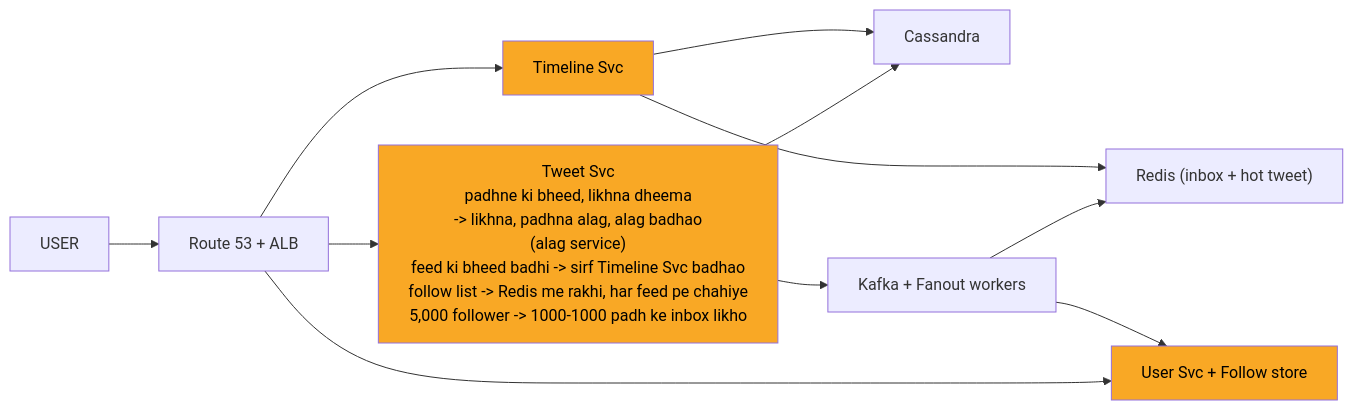
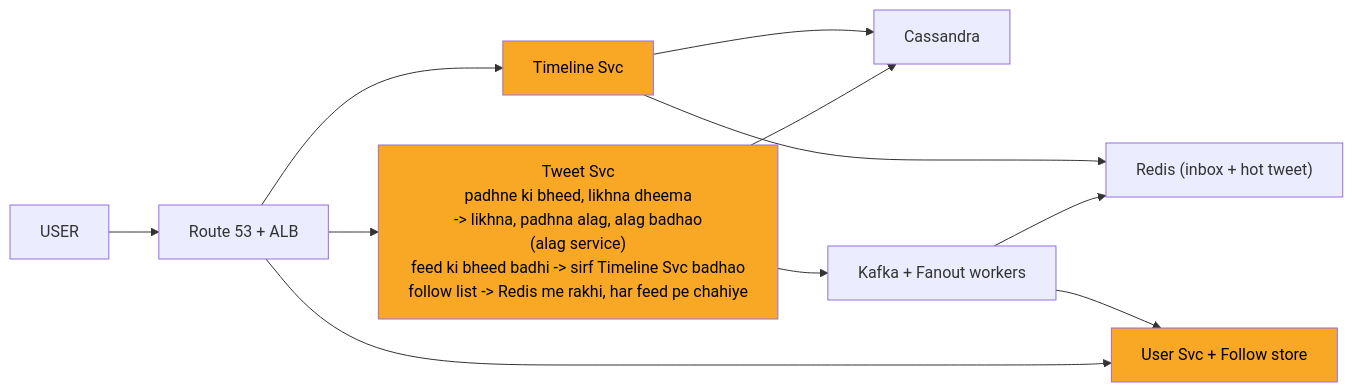
Before and after one commit to ArpanMaheshwari144/Prep: the tenth of 12 diagrams in 04_HLD/SYSTEM_DESIGNS/03_twitter_feed/03_twitter_feed.md, drawn with Mermaid. The commit also changed other lines of this file and 13 other files, not shown here.

````diff
--- a/04_HLD/SYSTEM_DESIGNS/03_twitter_feed/03_twitter_feed.md
+++ b/04_HLD/SYSTEM_DESIGNS/03_twitter_feed/03_twitter_feed.md
@@ -414,25 +414,25 @@
 ```mermaid
 %%{init: {"flowchart": {"wrappingWidth": 450}}}%%
 flowchart LR
     n_USER["USER"]
     n_EDGE["Route 53 + ALB"]
-    n_Tweet_Svc["Tweet Svc<br/>padhne ki bheed, likhna dheema<br/>-> likhna, padhna alag, alag badhao<br/>(alag service)<br/>feed ki bheed badhi -> sirf Timeline Svc badhao<br/>follow list -> Redis me rakhi, har feed pe chahiye<br/>5,000 follower -> 1000-1000 padh ke inbox likho"]
+    n_Tweet_Svc["Tweet Svc<br/>padhne ki bheed, likhna dheema<br/>-> likhna, padhna alag, alag badhao<br/>(alag service)<br/>feed ki bheed badhi -> sirf Timeline Svc badhao<br/>follow list -> Redis me rakhi, har feed pe chahiye"]
     n_Cassandra["Cassandra"]
     n_FAN["Kafka + Fanout workers"]
     n_RI["Redis (inbox + hot tweet)"]
     n_Timeline_Svc["Timeline Svc"]
     n_UG["User Svc + Follow store"]
     n_USER --> n_EDGE
     n_EDGE --> n_Tweet_Svc
     n_EDGE --> n_Timeline_Svc
     n_EDGE --> n_UG
     n_Tweet_Svc --> n_Cassandra
     n_Tweet_Svc --> n_FAN
     n_FAN --> n_RI
     n_Timeline_Svc --> n_RI
     n_Timeline_Svc --> n_Cassandra
     n_FAN --> n_UG
     style n_Tweet_Svc fill:#f9a825,color:#000
     style n_Timeline_Svc fill:#f9a825,color:#000
     style n_UG fill:#f9a825,color:#000
 ```
````
